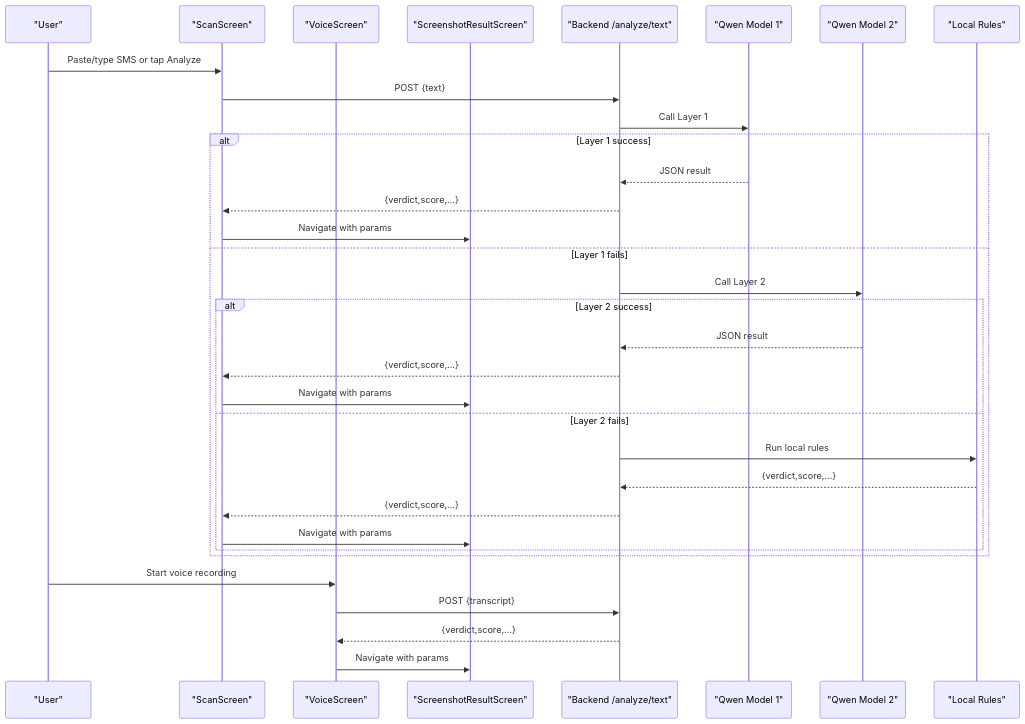
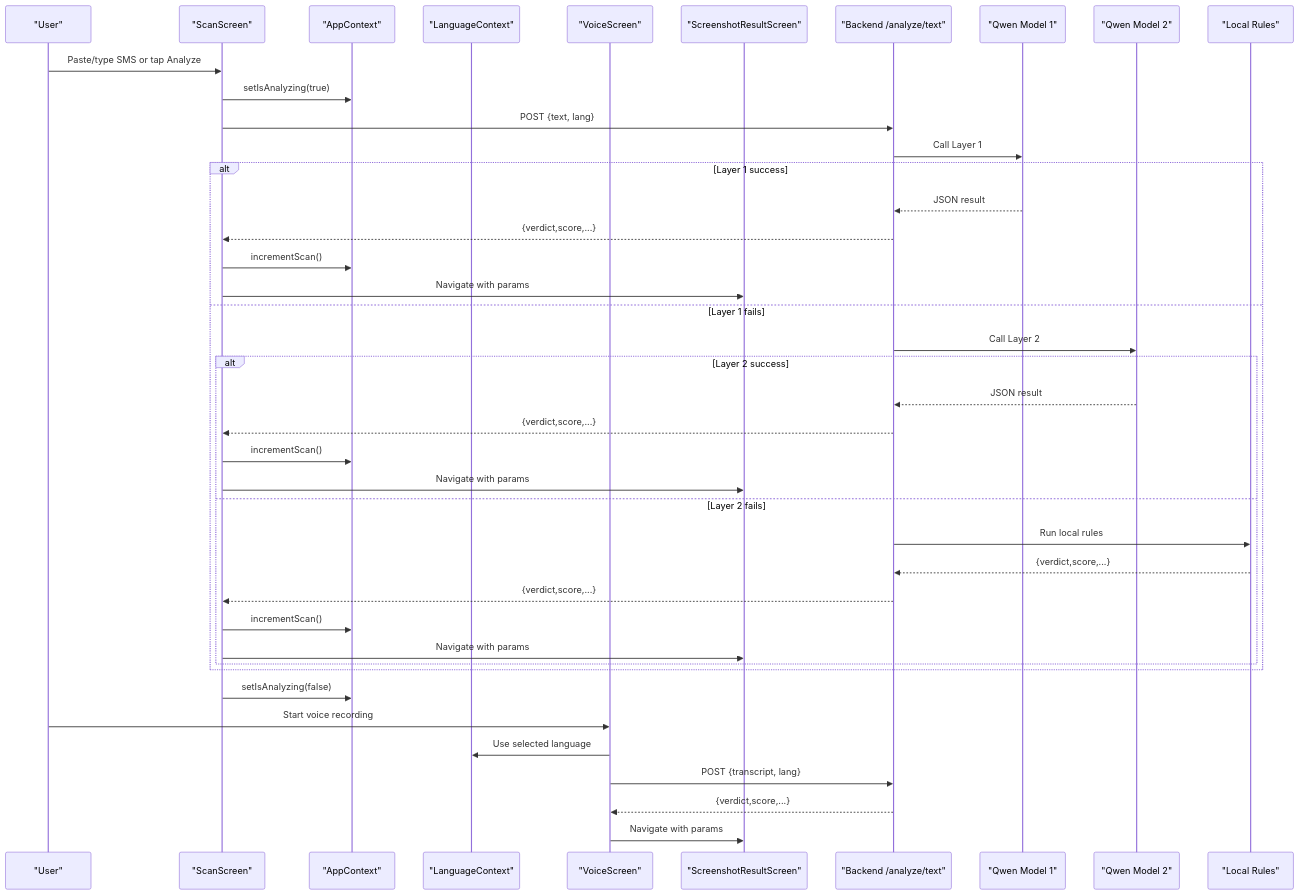
The second of 3 diagrams in .qoder/repowiki/en/content/Screens & User Workflows/Scan Interface.md (cyberNoman/Safe-Pakistan), drawn with Mermaid before and after one commit. The commit also changed other lines of this file and 52 other files, not shown here.

````diff
--- a/.qoder/repowiki/en/content/Screens & User Workflows/Scan Interface.md
+++ b/.qoder/repowiki/en/content/Screens & User Workflows/Scan Interface.md
@@ -93,35 +114,43 @@
 ```mermaid
 sequenceDiagram
 participant U as "User"
 participant SS as "ScanScreen"
+participant AC as "AppContext"
+participant LC as "LanguageContext"
 participant VS as "VoiceScreen"
 participant SR as "ScreenshotResultScreen"
 participant BE as "Backend /analyze/text"
 participant Q1 as "Qwen Model 1"
 participant Q2 as "Qwen Model 2"
 participant LR as "Local Rules"
 U->>SS : Paste/type SMS or tap Analyze
-SS->>BE : POST {text}
+SS->>AC : setIsAnalyzing(true)
+SS->>BE : POST {text, lang}
 BE->>Q1 : Call Layer 1
 alt Layer 1 success
 Q1-->>BE : JSON result
 BE-->>SS : {verdict,score,...}
+SS->>AC : incrementScan()
 SS->>SR : Navigate with params
 else Layer 1 fails
 BE->>Q2 : Call Layer 2
 alt Layer 2 success
 Q2-->>BE : JSON result
 BE-->>SS : {verdict,score,...}
+SS->>AC : incrementScan()
 SS->>SR : Navigate with params
 else Layer 2 fails
 BE->>LR : Run local rules
 LR-->>BE : {verdict,score,...}
 BE-->>SS : {verdict,score,...}
+SS->>AC : incrementScan()
 SS->>SR : Navigate with params
 end
 end
+SS->>AC : setIsAnalyzing(false)
 U->>VS : Start voice recording
-VS->>BE : POST {transcript}
+VS->>LC : Use selected language
+VS->>BE : POST {transcript, lang}
 BE-->>VS : {verdict,score,...}
 VS->>SR : Navigate with params
 ```
````
